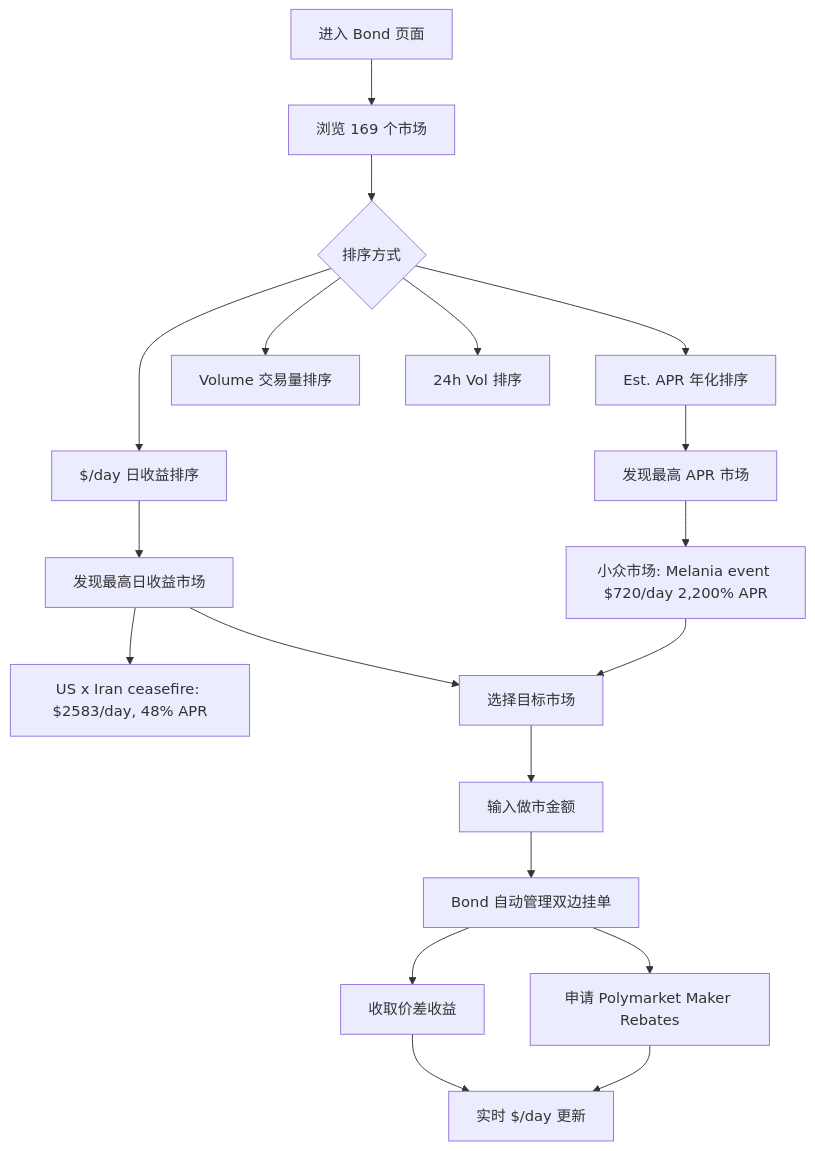
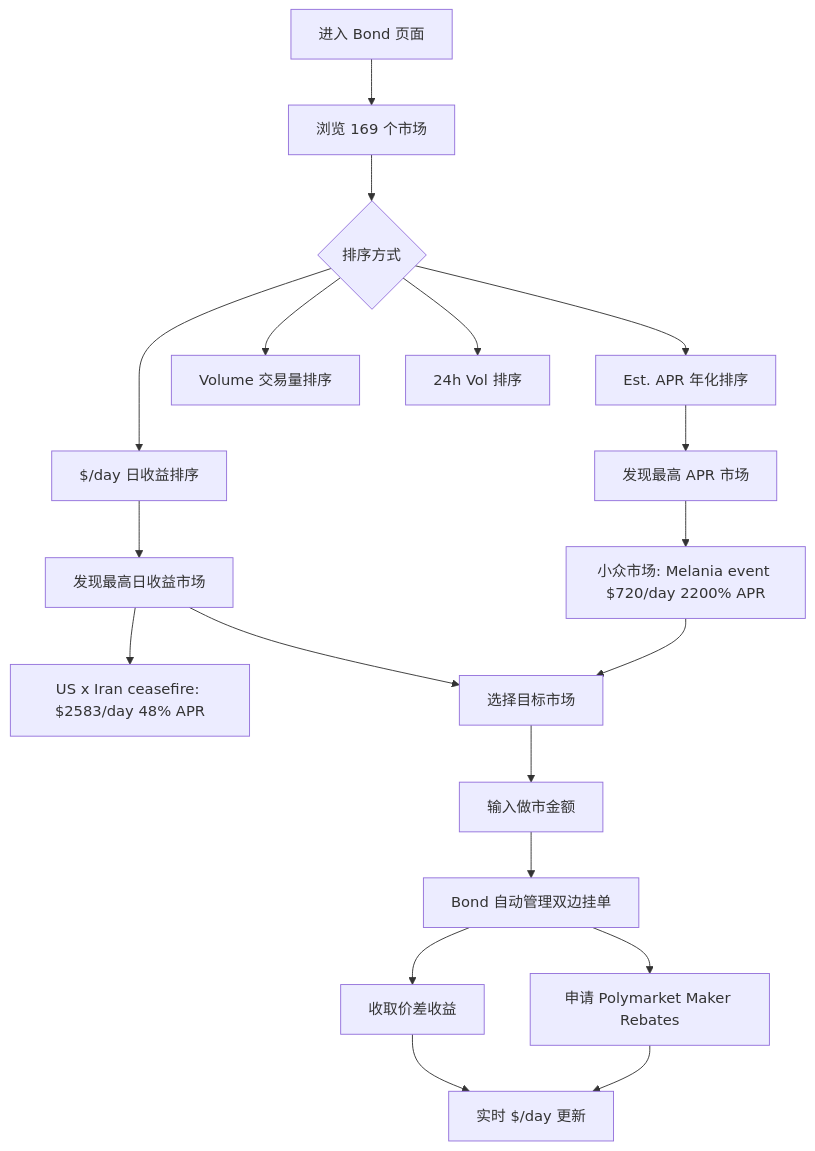
Before and after one commit to survivorff/polymarket_research: the ninth of 12 diagrams in research/14_polymaker/analysis.md, drawn with Mermaid. The commit also changed other lines of this file and 11 other files, not shown here.

First line of the commit message:
feat: 补充全平台详细 UX 流程图（注册/入金/交易/提现/领奖）

````diff
--- a/research/14_polymaker/analysis.md
+++ b/research/14_polymaker/analysis.md
@@ -56,21 +191,21 @@
 ```mermaid
 flowchart TD
     A[进入 Bond 页面] --> B[浏览 169 个市场]
     B --> C{排序方式}
     C --> C1[$/day 日收益排序]
     C --> C2[Est. APR 年化排序]
     C --> C3[Volume 交易量排序]
     C --> C4[24h Vol 排序]
     C1 --> D[发现最高日收益市场]
-    D --> E[US x Iran ceasefire: $2583/day, 48% APR]
+    D --> E[US x Iran ceasefire: $2583/day 48% APR]
     C2 --> F[发现最高 APR 市场]
-    F --> G[小众市场: Melania event $720/day 2,200% APR]
+    F --> G[小众市场: Melania event $720/day 2200% APR]
     D --> H[选择目标市场]
     G --> H
     H --> I[输入做市金额]
     I --> J[Bond 自动管理双边挂单]
     J --> K[收取价差收益]
     J --> L[申请 Polymarket Maker Rebates]
     K --> M[实时 $/day 更新]
     L --> M
 ```
````
